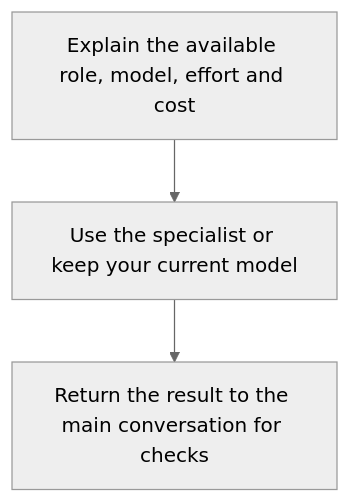
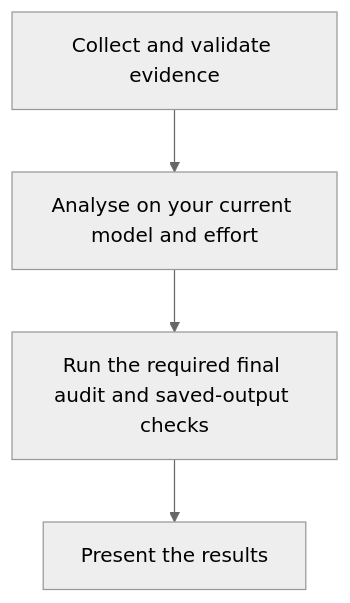
One commit to myowinthein/agent-compass changed the diagram in docs/specialist-agents.md. Above: the diagram before and after it, drawn with Mermaid (neutral theme). The commit also changed other lines of this file and 38 other files, not shown here.

First line of the commit message:
refactor(workflows): use the current model for analysis and audits

````diff
--- a/docs/specialist-agents.md
+++ b/docs/specialist-agents.md
@@ -19,5 +19,6 @@
 ```mermaid
 flowchart TD
-  Offer["Explain the available role, model, effort and cost"] --> Choose["Use the specialist or keep your current model"]
-  Choose --> Verify["Return the result to the main conversation for checks"]
+  Evidence["Collect and validate evidence"] --> Analyse["Analyse on your current model and effort"]
+  Analyse --> Audit["Run the required final audit and saved-output checks"]
+  Audit --> Results["Present the results"]
 ```
````
